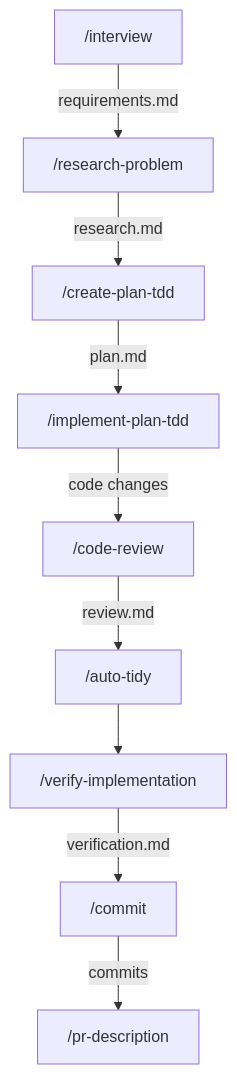
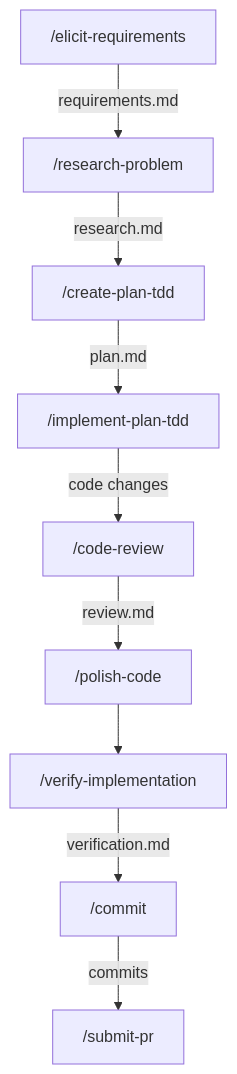
One commit to JonnyCBB/claude-code-config changed the third of 4 diagrams in plugins/jbb-feature-dev/README.md. Above: the diagram before and after it, drawn with Mermaid. The commit also changed other lines of this file and 418 other files, not shown here.

````diff
--- a/plugins/jbb-feature-dev/README.md
+++ b/plugins/jbb-feature-dev/README.md
@@ -15,11 +61,11 @@
 ```mermaid
 flowchart TD
-    A["/interview"] -->|requirements.md| B["/research-problem"]
+    A["/elicit-requirements"] -->|requirements.md| B["/research-problem"]
     B -->|research.md| C["/create-plan-tdd"]
     C -->|plan.md| D["/implement-plan-tdd"]
     D -->|code changes| E["/code-review"]
-    E -->|review.md| F["/auto-tidy"]
+    E -->|review.md| F["/polish-code"]
     F --> G["/verify-implementation"]
     G -->|verification.md| H["/commit"]
-    H -->|commits| I["/pr-description"]
+    H -->|commits| I["/submit-pr"]
 ```
````
